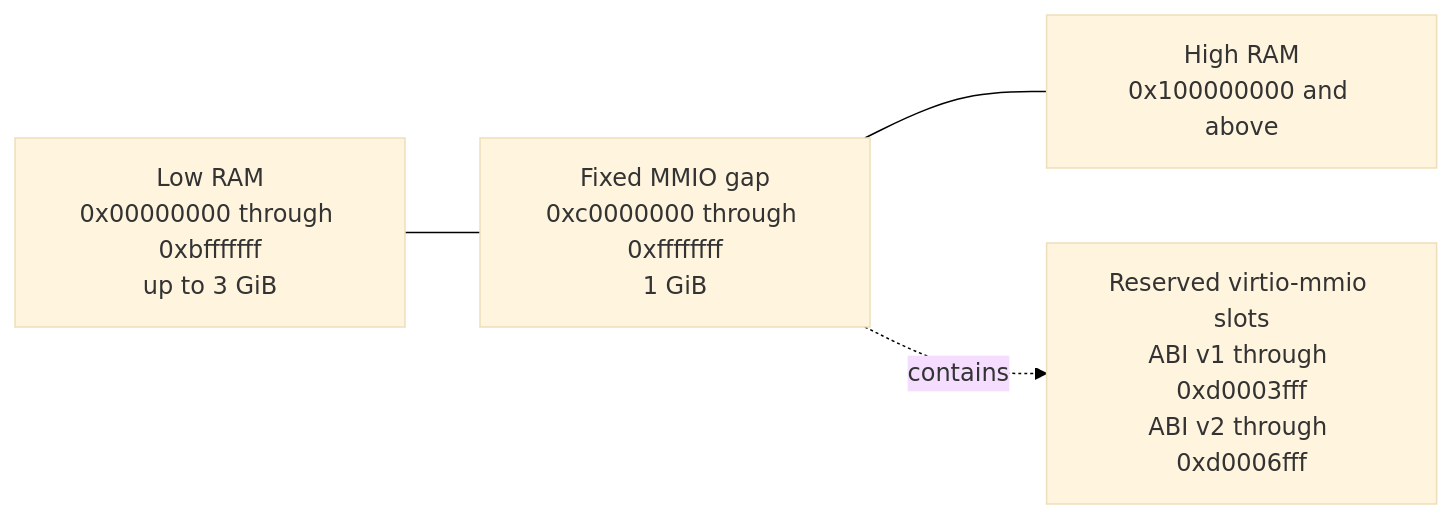
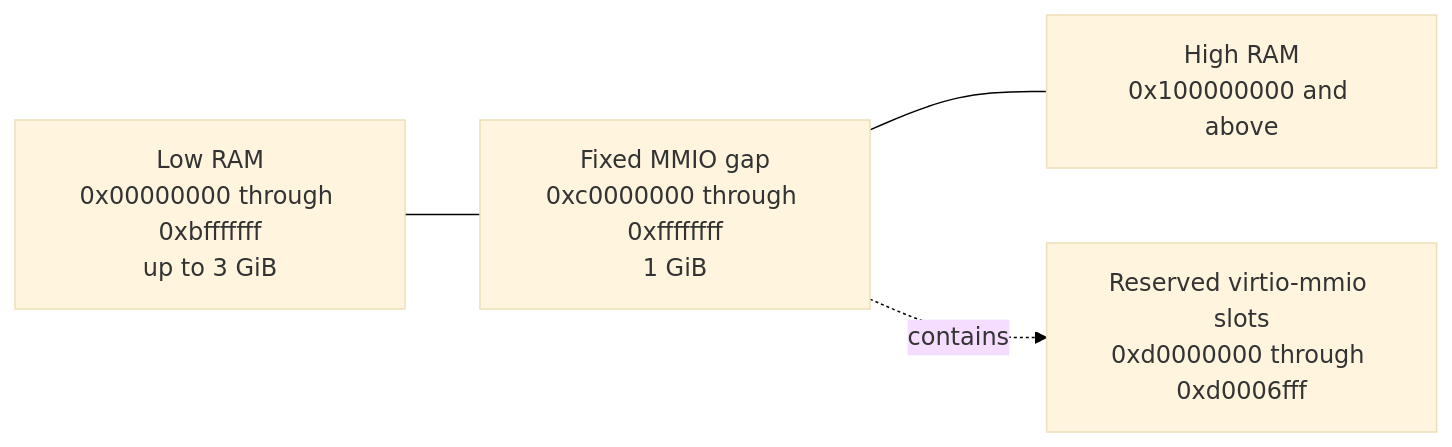
The second of 7 diagrams in doc/design.md (microsoft/nvx), drawn with Mermaid before and after one commit. The commit also changed other lines of this file and 11 other files, not shown here.

````diff
--- a/doc/design.md
+++ b/doc/design.md
@@ -169,12 +165,12 @@
 ```mermaid
 %%{init: {"theme": "base", "themeVariables": {"background": "#ffffff"}}}%%
 flowchart LR
    Low["Low RAM<br/>0x00000000 through 0xbfffffff<br/>up to 3 GiB"]
    Gap["Fixed MMIO gap<br/>0xc0000000 through 0xffffffff<br/>1 GiB"]
    High["High RAM<br/>0x100000000 and above"]
-   Slots["Reserved virtio-mmio slots<br/>ABI v1 through 0xd0003fff<br/>ABI v2 through 0xd0006fff"]
+   Slots["Reserved virtio-mmio slots<br/>0xd0000000 through 0xd0006fff"]
 
    Low --- Gap
    Gap --- High
    Gap -. contains .-> Slots
 ```
````
